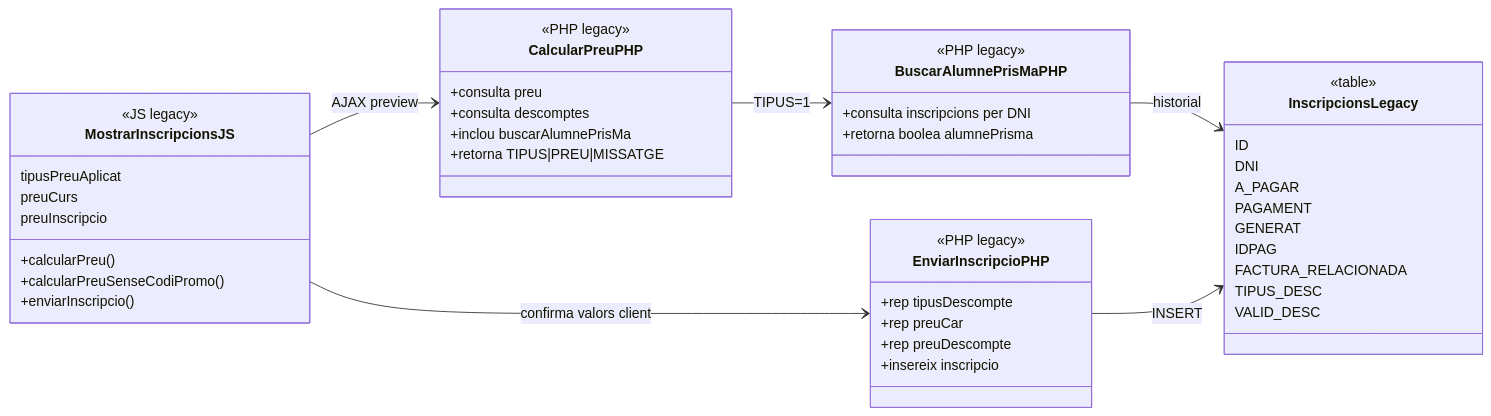
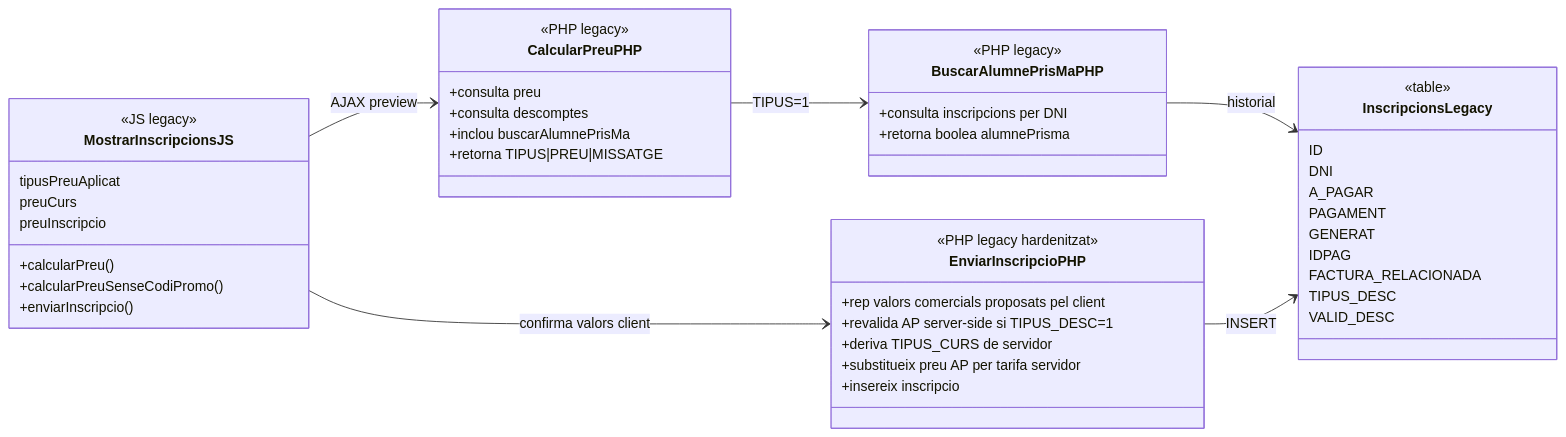
One commit to orgmeriemprismacat-del/verifactu changed the first of 2 diagrams in documentacio/07-uml-integrat/uc-020-classes-actual-final.md. Above: the diagram before and after it, drawn with Mermaid. The commit also changed other lines of this file, not shown here.

Commit message:
docs(UC-020): reconcile ACTUAL class diagram with hardened runtime

````diff
--- a/documentacio/07-uml-integrat/uc-020-classes-actual-final.md
+++ b/documentacio/07-uml-integrat/uc-020-classes-actual-final.md
@@ -9,55 +9,56 @@
 ```mermaid
 classDiagram
 direction LR
 
 class MostrarInscripcionsJS {
   <<JS legacy>>
   +calcularPreu()
   +calcularPreuSenseCodiPromo()
   +enviarInscripcio()
   tipusPreuAplicat
   preuCurs
   preuInscripcio
 }
 
 class CalcularPreuPHP {
   <<PHP legacy>>
   +consulta preu
   +consulta descomptes
   +inclou buscarAlumnePrisMa
   +retorna TIPUS|PREU|MISSATGE
 }
 
 class BuscarAlumnePrisMaPHP {
   <<PHP legacy>>
   +consulta inscripcions per DNI
   +retorna boolea alumnePrisma
 }
 
 class EnviarInscripcioPHP {
-  <<PHP legacy>>
-  +rep tipusDescompte
-  +rep preuCar
-  +rep preuDescompte
+  <<PHP legacy hardenitzat>>
+  +rep valors comercials proposats pel client
+  +revalida AP server-side si TIPUS_DESC=1
+  +deriva TIPUS_CURS de servidor
+  +substitueix preu AP per tarifa servidor
   +insereix inscripcio
 }
 
 class InscripcionsLegacy {
   <<table>>
   ID
   DNI
   A_PAGAR
   PAGAMENT
   GENERAT
   IDPAG
   FACTURA_RELACIONADA
   TIPUS_DESC
   VALID_DESC
 }
 
 MostrarInscripcionsJS --> CalcularPreuPHP : AJAX preview
 CalcularPreuPHP --> BuscarAlumnePrisMaPHP : TIPUS=1
 BuscarAlumnePrisMaPHP --> InscripcionsLegacy : historial
 MostrarInscripcionsJS --> EnviarInscripcioPHP : confirma valors client
 EnviarInscripcioPHP --> InscripcionsLegacy : INSERT
 ```
````
